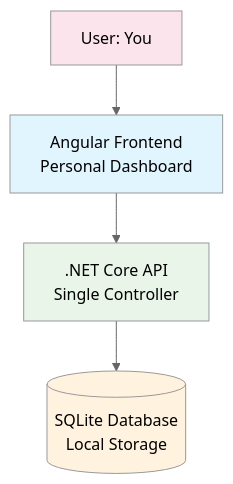
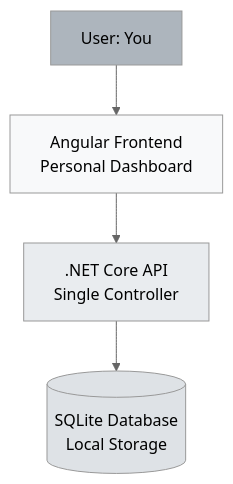
The first of 5 diagrams in architecture-by-size-examples.md (nayanvithanage/code_20-architecture-practice), drawn with Mermaid (neutral theme) before and after one commit. The commit also changed other lines of this file, not shown here.

Commit message:
refactor: update color styles in architecture-by-size examples for improved readability

````diff
--- a/architecture-by-size-examples.md
+++ b/architecture-by-size-examples.md
@@ -6,12 +6,12 @@
 ```mermaid
 graph TD
     A[Angular Frontend<br/>Personal Dashboard] --> B[.NET Core API<br/>Single Controller]
     B --> C[(SQLite Database<br/>Local Storage)]
     
     D[User: You] --> A
     
-    style A fill:#e1f5fe
-    style B fill:#e8f5e8
-    style C fill:#fff3e0
-    style D fill:#fce4ec
+    style A fill:#f8f9fa
+    style B fill:#e9ecef
+    style C fill:#dee2e6
+    style D fill:#adb5bd
 ```
````
